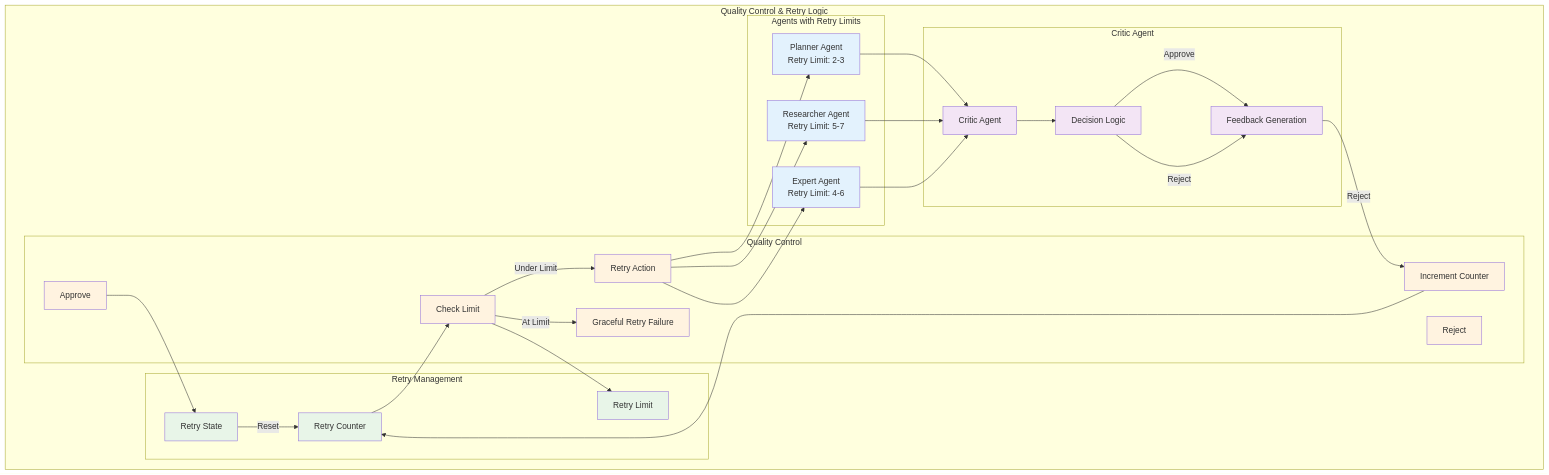
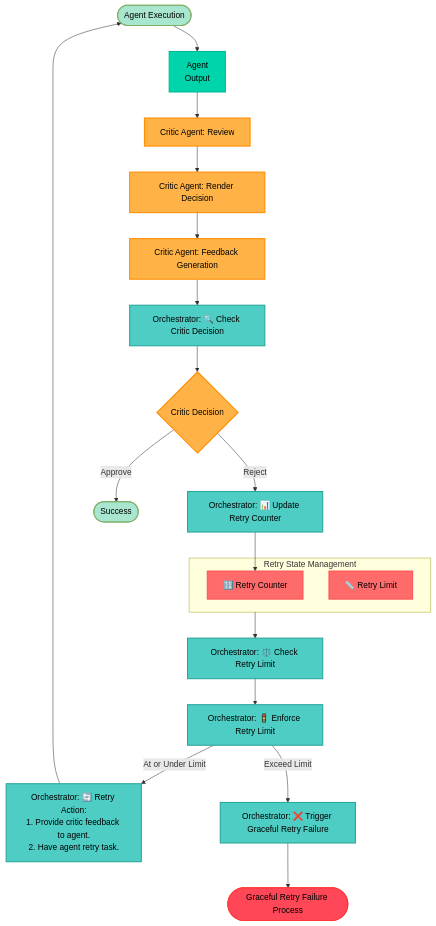
The tenth of 11 diagrams in docs/src2/ARCHITECTURE.md (jdsham/hf-ai-agents-course), drawn with Mermaid before and after one commit. The commit also changed other lines of this file, not shown here.

Commit message:
Updated source code architectrure document. Another major round of edits for diagrams, section 7 and 8.

````diff
--- a/docs/src2/ARCHITECTURE.md
+++ b/docs/src2/ARCHITECTURE.md
@@ -2037,64 +2052,59 @@
 ```mermaid
-graph TB
-    subgraph "Quality Control & Retry Logic"
-        subgraph "Agents with Retry Limits"
-            P[Planner Agent<br/>Retry Limit: 2-3]
-            R[Researcher Agent<br/>Retry Limit: 5-7]
-            E[Expert Agent<br/>Retry Limit: 4-6]
-        end
-        
-        subgraph "Critic Agent"
-            C[Critic Agent]
-            Decision[Decision Logic]
-            Feedback[Feedback Generation]
-        end
-        
-        subgraph "Retry Management"
-            RetryCounter[Retry Counter]
-            RetryLimit[Retry Limit]
-            RetryState[Retry State]
-        end
-        
-        subgraph "Quality Control"
-            Approve[Approve]
-            Reject[Reject]
-            Increment[Increment Counter]
-            CheckLimit[Check Limit]
-            Retry[Retry Action]
-            GracefulFail[Graceful Retry Failure]
-        end
+graph TD
+    Start([Agent Execution])
+    Agent["Agent<br/>Output"]
+    Critic["Critic Agent: Review"]
+    RenderDecision["Critic Agent: Render Decision"]
+    Feedback["Critic Agent: Feedback Generation"]
+    
+    CheckDecision["Orchestrator: 🔍 Check Critic Decision"]
+    Decision{Critic Decision}
+    UpdateCounter["Orchestrator: 📊 Update Retry Counter"]
+    CheckLimit["Orchestrator: ⚖️ Check Retry Limit"]
+    EnforceLimit["Orchestrator: 🚦 Enforce Retry Limit"]
+    
+    subgraph RetryState["Retry State Management"]
+        RetryCounter["🔢 Retry Counter"]
+        RetryLimit["📏 Retry Limit"]
     end
     
-    P --> C
-    R --> C
-    E --> C
+    Retry["Orchestrator: 🔄 Retry Action:<br>1. Provide critic feedback to agent.<br>2. Have agent retry task."]
+    GracefulFail["Orchestrator: ❌ Trigger Graceful Retry Failure"]
+    Success([Success])
+    GracefulFailure([Graceful Retry Failure Process])
     
-    C --> Decision
-    Decision -->|Approve| Feedback
-    Decision -->|Reject| Feedback
+    Start --> Agent
+    Agent --> Critic
+    Critic --> RenderDecision
+    RenderDecision --> Feedback
     
-    Feedback -->|Reject| Increment
-    Increment --> RetryCounter
-    RetryCounter --> CheckLimit
-    CheckLimit --> RetryLimit
+    Feedback --> CheckDecision
+    CheckDecision --> Decision
+    Decision -->|Approve| Success
+    Decision -->|Reject| UpdateCounter
+    UpdateCounter --> RetryCounter
+    RetryState --> CheckLimit
+    CheckLimit --> EnforceLimit
     
-    CheckLimit -->|Under Limit| Retry
-    CheckLimit -->|At Limit| GracefulFail
+    EnforceLimit -->|At or Under Limit| Retry
+    EnforceLimit -->|Exceed Limit| GracefulFail
     
-    Retry --> P
-    Retry --> R
-    Retry --> E
+    Retry --> Start
+    GracefulFail --> GracefulFailure
     
-    Approve --> RetryState
-    RetryState -->|Reset| RetryCounter
     
-    classDef agent fill:#e3f2fd
-    classDef critic fill:#f3e5f5
-    classDef retry fill:#e8f5e8
-    classDef quality fill:#fff3e0
+    %% Styling - Dark Theme Optimized with Better Contrast
+    classDef agent fill:#00D4AA,stroke:#00B894,stroke-width:2px,color:#000000
+    classDef critic fill:#FFB347,stroke:#FF8C00,stroke-width:2px,color:#000000
+    classDef orchestrator fill:#4ECDC4,stroke:#26A69A,stroke-width:2px,color:#000000
+    classDef retry fill:#FF6B6B,stroke:#FF5252,stroke-width:2px,color:#000000
+    classDef success fill:#A8E6CF,stroke:#7FB069,stroke-width:2px,color:#000000
+    classDef failure fill:#FF4757,stroke:#FF3838,stroke-width:2px,color:#000000
     
-    class P,R,E agent
-    class C,Decision,Feedback critic
-    class RetryCounter,RetryLimit,RetryState retry
-    class Approve,Reject,Increment,CheckLimit,Retry,GracefulFail quality
+    class Agent agent
+    class Critic,RenderDecision,Feedback,Decision critic
+    class CheckDecision,UpdateCounter,CheckLimit,EnforceLimit,Retry,GracefulFail orchestrator
+    class RetryCounter,RetryLimit retry
+    class Start,Success success
+    class GracefulFailure failure
 ```
````
